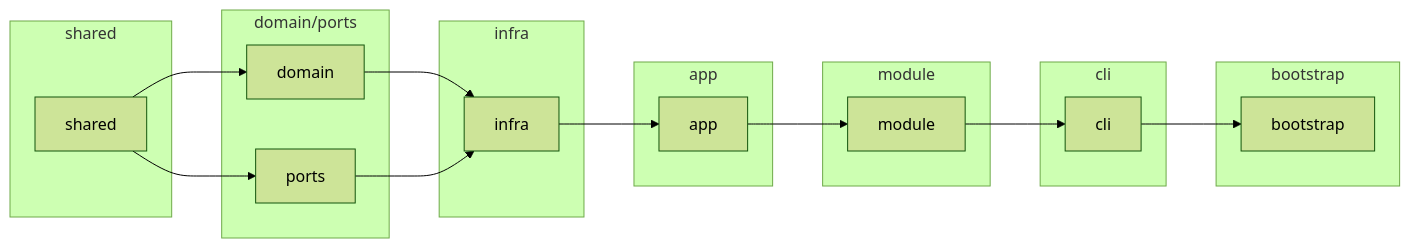
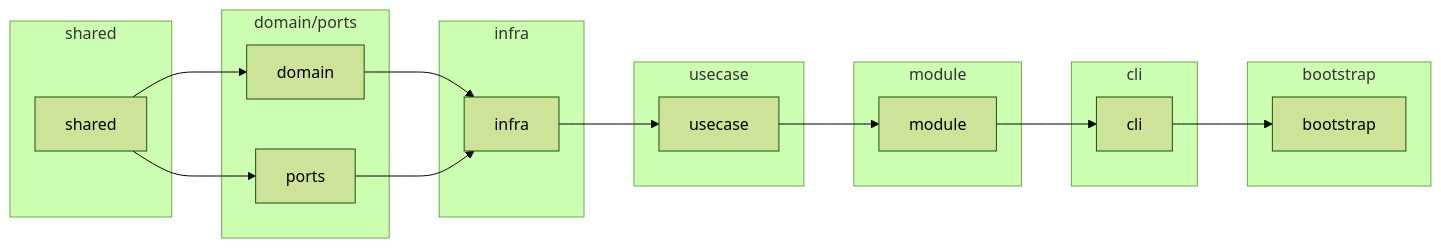
The first of 2 diagrams in docs/content/technical-reference/architecture.md (carlosdorneles-mb/mb-cli), drawn with Mermaid (forest theme) before and after one commit. The commit also changed other lines of this file and 14 other files, not shown here.

````diff
--- a/docs/content/technical-reference/architecture.md
+++ b/docs/content/technical-reference/architecture.md
@@ -28,33 +67,33 @@
 ```mermaid
 flowchart LR
   subgraph layer1 [shared]
     shared[shared]
   end
   subgraph layer2 [domain/ports]
     domain[domain]
     ports[ports]
   end
   subgraph layer3 [infra]
     infra[infra]
   end
-  subgraph layer4 [app]
-    app[app]
+  subgraph layer4 [usecase]
+    usecase[usecase]
   end
   subgraph layer5 [module]
     module[module]
   end
   subgraph layer6 [cli]
     cli[cli]
   end
   subgraph layer7 [bootstrap]
     bootstrap[bootstrap]
   end
   shared --> domain
   shared --> ports
   domain --> infra
   ports --> infra
-  infra --> app
-  app --> module
+  infra --> usecase
+  usecase --> module
   module --> cli
   cli --> bootstrap
 ```
````
